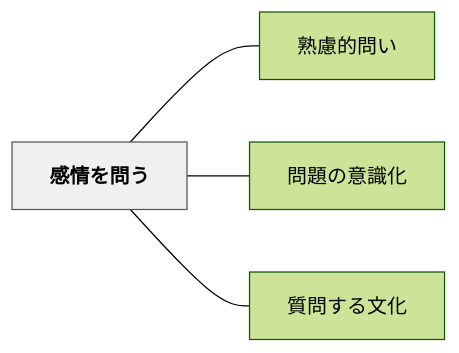
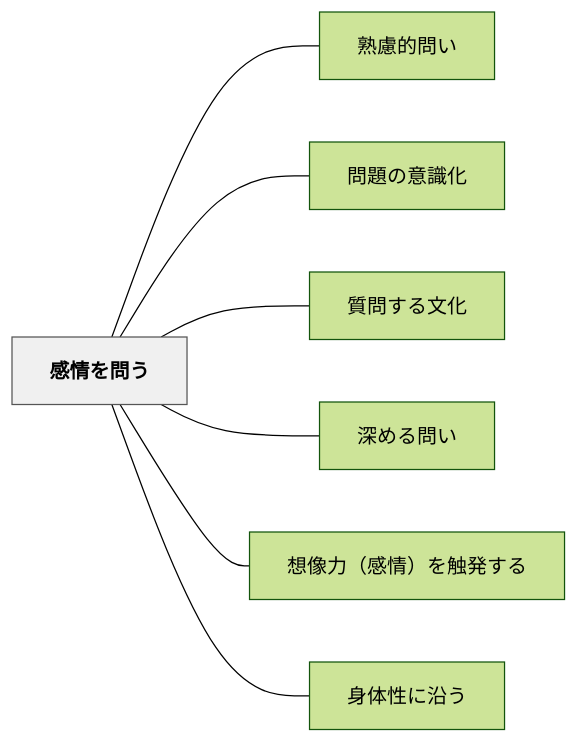
One commit to unknownthings-ed-patterns/unknownthings-ed-patterns changed the diagram in content/パタン/感情を問う.md. Above: the diagram before and after it, drawn with Mermaid (forest theme). The commit also changed other lines of this file and 71 other files, not shown here.

````diff
--- a/content/パタン/感情を問う.md
+++ b/content/パタン/感情を問う.md
@@ -40,14 +43,20 @@
 ```mermaid
 flowchart LR
     ne6849fe68385e38292e5958fe38186["感情を問う"]
     ne7869fe685aee79a84e5958fe38184["熟慮的問い"]
     ne5958fe9a18ce381aee6848fe8ad98e58c96["問題の意識化"]
     ne8b3aae5958fe38199e3828be69687e58c96["質問する文化"]
+    ne6b7b1e38281e3828be5958fe38184["深める問い"]
+    ne683b3e5838fe58a9befbc88e6849fe68385efbc89e38292e8a7a6e799bae38199e3828b["想像力（感情）を触発する"]
+    ne8baabe4bd93e680a7e381abe6b2bfe38186["身体性に沿う"]
 
     ne6849fe68385e38292e5958fe38186 --- ne7869fe685aee79a84e5958fe38184
     ne6849fe68385e38292e5958fe38186 --- ne5958fe9a18ce381aee6848fe8ad98e58c96
     ne6849fe68385e38292e5958fe38186 --- ne8b3aae5958fe38199e3828be69687e58c96
+    ne6849fe68385e38292e5958fe38186 --- ne6b7b1e38281e3828be5958fe38184
+    ne6849fe68385e38292e5958fe38186 --- ne683b3e5838fe58a9befbc88e6849fe68385efbc89e38292e8a7a6e799bae38199e3828b
+    ne6849fe68385e38292e5958fe38186 --- ne8baabe4bd93e680a7e381abe6b2bfe38186
 
     classDef hub fill:#f0f0f0,stroke:#555,color:#000,font-weight:bold
     class ne6849fe68385e38292e5958fe38186 hub
 ```
````
